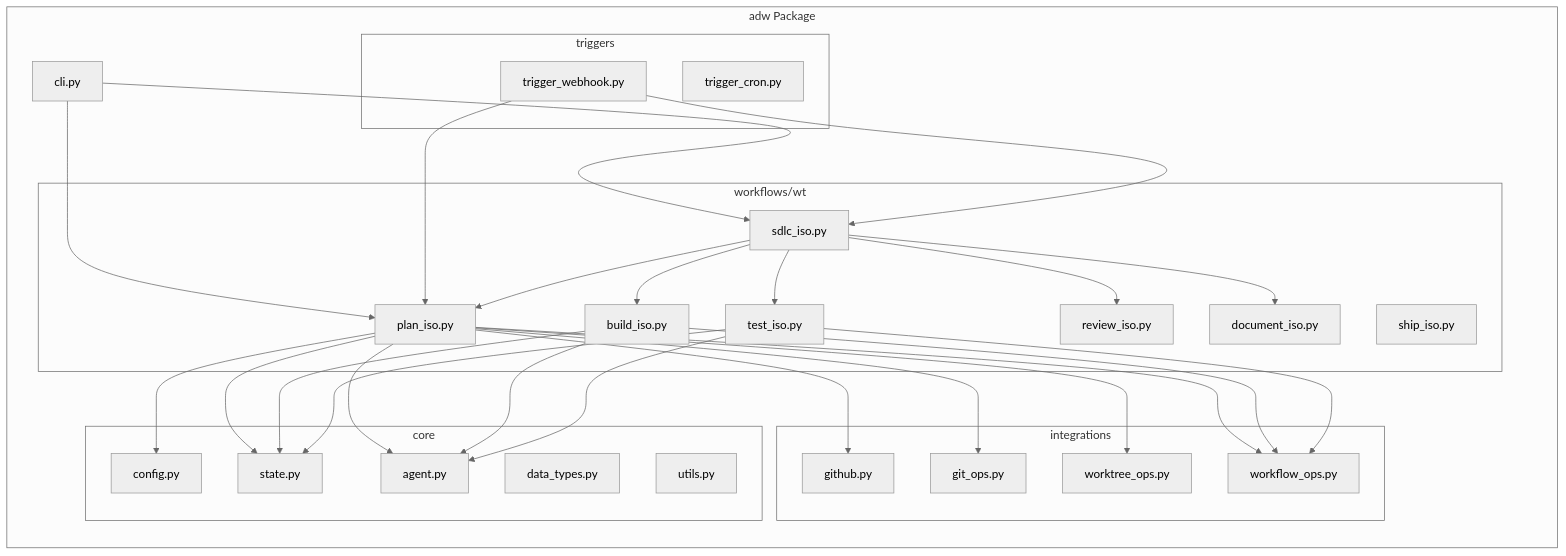
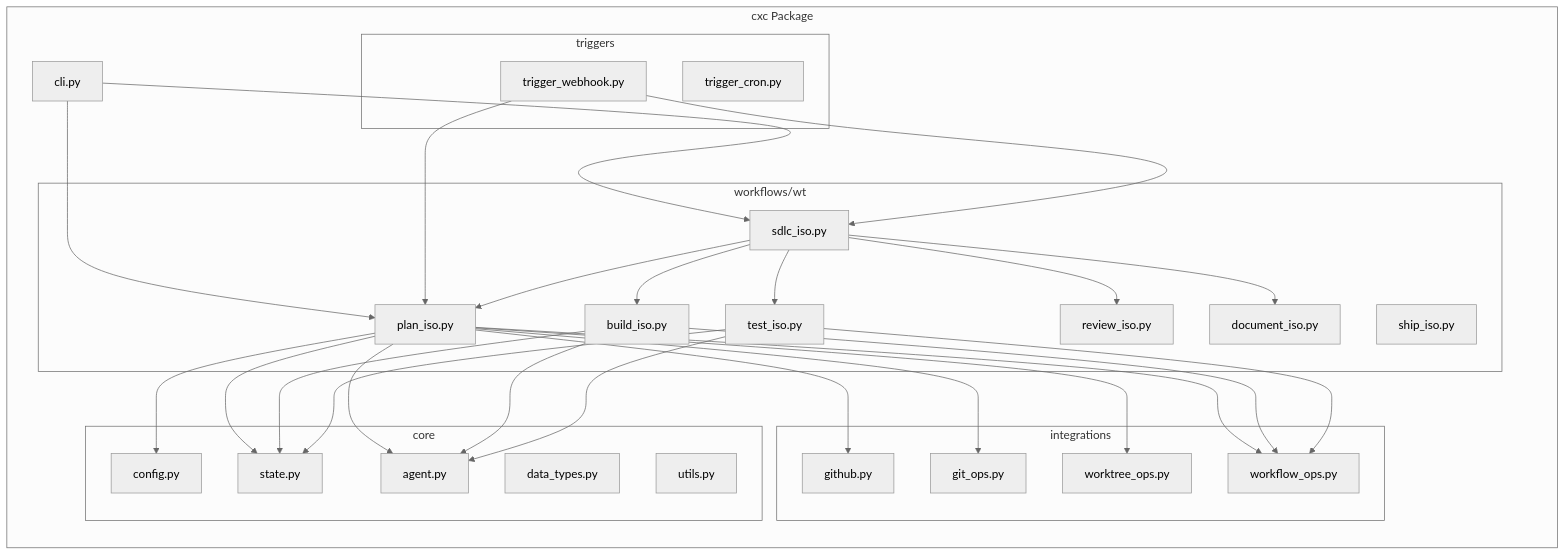
Before and after one commit to alexfosterinvisible/Cortex-Code: the second of 20 diagrams in .af/specs/fullrepo_dec30/C/design.md, drawn with Mermaid (neutral theme). The commit also changed other lines of this file and 19 other files, not shown here.

First line of the commit message:
fix: complete adw→cxc rename + fix integration tests

````diff
--- a/.af/specs/fullrepo_dec30/C/design.md
+++ b/.af/specs/fullrepo_dec30/C/design.md
@@ -94,63 +94,63 @@
 ```mermaid
 graph LR
-    subgraph adw Package
+    subgraph cxc Package
         subgraph core
             A[config.py]
             B[state.py]
             C[agent.py]
             D[data_types.py]
             E[utils.py]
         end
 
         subgraph integrations
             F[github.py]
             G[git_ops.py]
             H[worktree_ops.py]
             I[workflow_ops.py]
         end
 
         subgraph workflows/wt
             J[plan_iso.py]
             K[build_iso.py]
             L[test_iso.py]
             M[review_iso.py]
             N[document_iso.py]
             O[ship_iso.py]
             P[sdlc_iso.py]
         end
 
         subgraph triggers
             Q[trigger_webhook.py]
             R[trigger_cron.py]
         end
 
         CLI_M[cli.py]
     end
 
     CLI_M --> J
     CLI_M --> P
     Q --> J
     Q --> P
 
     J --> A
     J --> B
     J --> C
     J --> F
     J --> G
     J --> H
     J --> I
 
     K --> B
     K --> C
     K --> I
 
     L --> B
     L --> C
     L --> I
 
     P --> J
     P --> K
     P --> L
     P --> M
     P --> N
 ```
````
